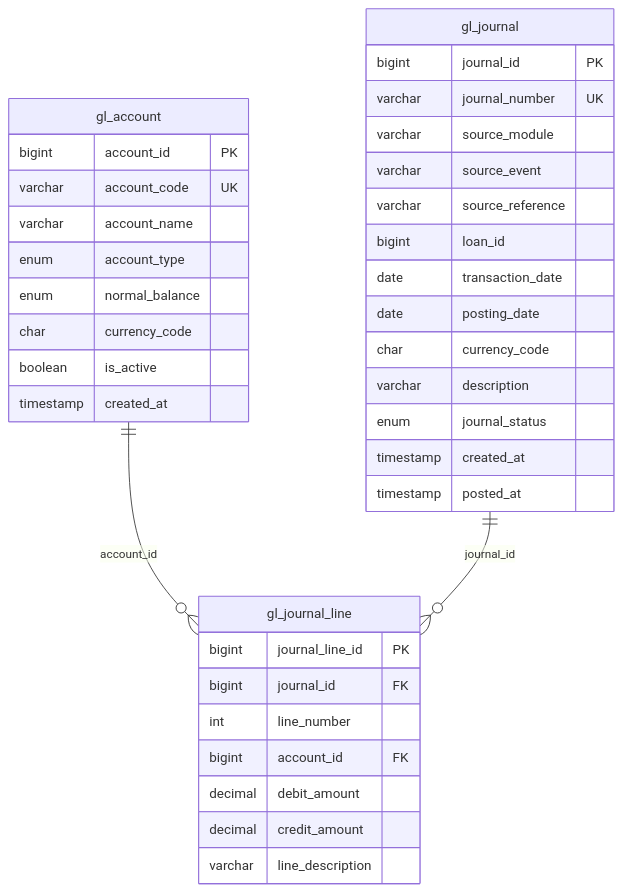
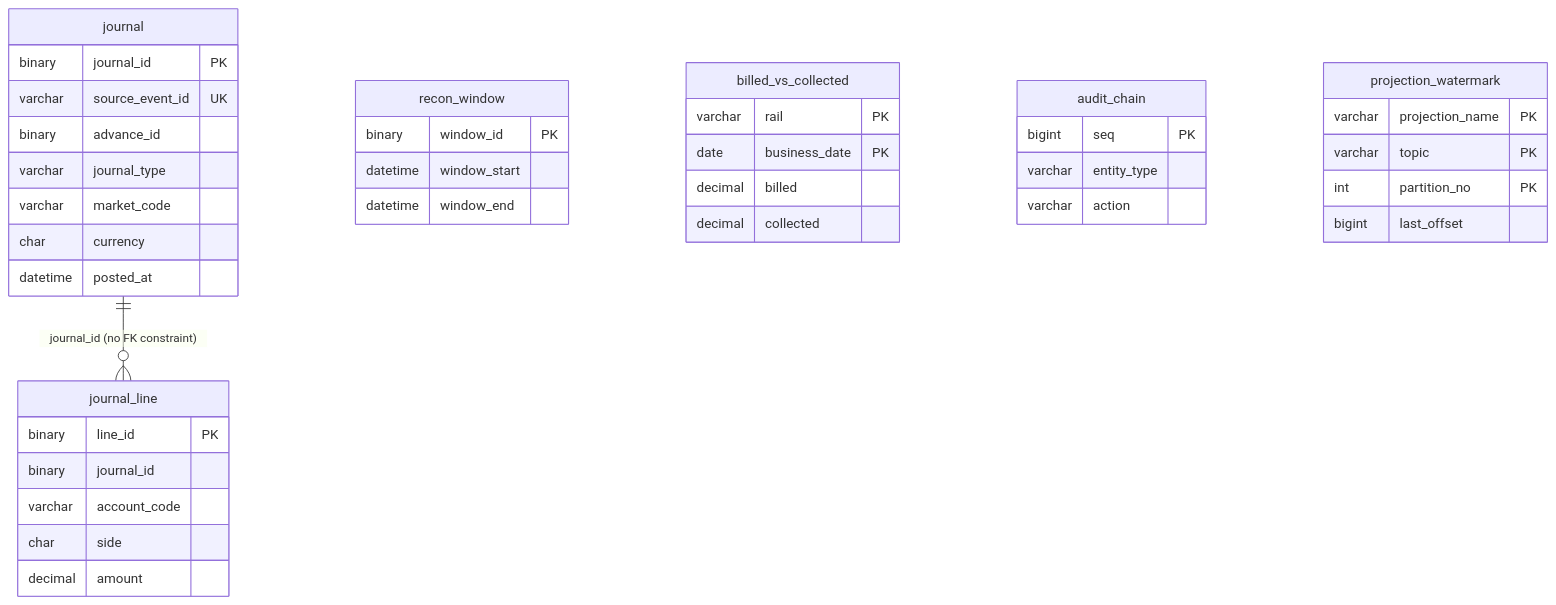
The second of 2 diagrams in README.md (t-priyanshu1negi-debug/Airtime-lms-loan---Ledger-SoC), drawn with Mermaid before and after one commit. The commit also changed other lines of this file, not shown here.

````diff
--- a/README.md
+++ b/README.md
@@ -235,42 +344,42 @@
 ```mermaid
 erDiagram
-    gl_account ||--o{ gl_journal_line : "account_id"
-    gl_journal ||--o{ gl_journal_line : "journal_id"
-
-    gl_account {
-        bigint account_id PK
-        varchar account_code UK
-        varchar account_name
-        enum account_type
-        enum normal_balance
-        char currency_code
-        boolean is_active
-        timestamp created_at
-    }
-
-    gl_journal {
-        bigint journal_id PK
-        varchar journal_number UK
-        varchar source_module
-        varchar source_event
-        varchar source_reference
-        bigint loan_id
-        date transaction_date
-        date posting_date
-        char currency_code
-        varchar description
-        enum journal_status
-        timestamp created_at
-        timestamp posted_at
-    }
-
-    gl_journal_line {
-        bigint journal_line_id PK
-        bigint journal_id FK
-        int line_number
-        bigint account_id FK
-        decimal debit_amount
-        decimal credit_amount
-        varchar line_description
-    }
+  journal ||--o{ journal_line : "journal_id (no FK constraint)"
+  journal {
+    binary journal_id PK
+    varchar source_event_id UK
+    binary advance_id
+    varchar journal_type
+    varchar market_code
+    char currency
+    datetime posted_at
+  }
+  journal_line {
+    binary line_id PK
+    binary journal_id
+    varchar account_code
+    char side
+    decimal amount
+  }
+  recon_window {
+    binary window_id PK
+    datetime window_start
+    datetime window_end
+  }
+  billed_vs_collected {
+    varchar rail PK
+    date business_date PK
+    decimal billed
+    decimal collected
+  }
+  audit_chain {
+    bigint seq PK
+    varchar entity_type
+    varchar action
+  }
+  projection_watermark {
+    varchar projection_name PK
+    varchar topic PK
+    int partition_no PK
+    bigint last_offset
+  }
 ```
````
